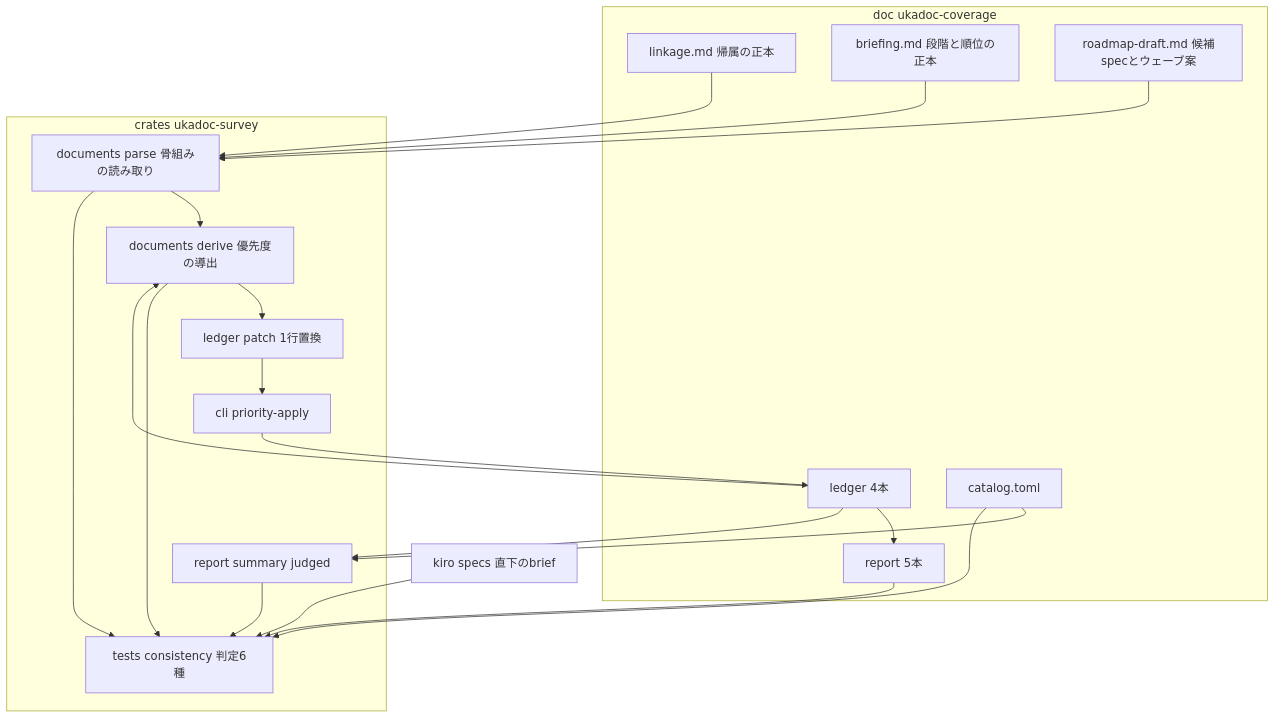
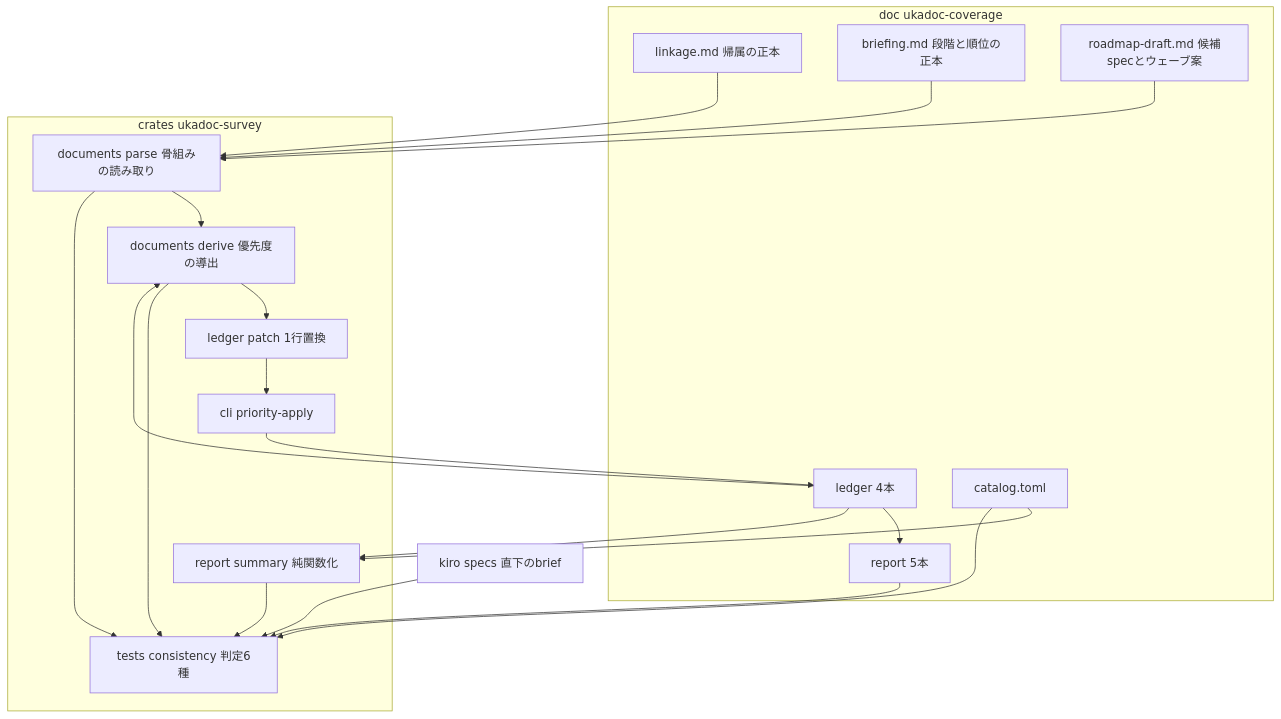
One commit to ekicyou/areka changed the first of 3 diagrams in .kiro/specs/areka-P0-ukadoc-coverage-roadmap/design.md. Above: the diagram before and after it, drawn with Mermaid. The commit also changed other lines of this file and 2 other files, not shown here.

Commit message:
docs(areka-P0-ukadoc-coverage-roadmap): resolve design discussion #1 - evidence table leaves summary.md

````diff
--- a/.kiro/specs/areka-P0-ukadoc-coverage-roadmap/design.md
+++ b/.kiro/specs/areka-P0-ukadoc-coverage-roadmap/design.md
@@ -83,36 +83,36 @@
 ```mermaid
 graph TB
     subgraph Docs[doc ukadoc-coverage]
         Linkage[linkage.md 帰属の正本]
         Briefing[briefing.md 段階と順位の正本]
         Draft[roadmap-draft.md 候補specとウェーブ案]
         Ledgers[ledger 4本]
         Reports[report 5本]
         Catalog[catalog.toml]
     end
     subgraph Tool[crates ukadoc-survey]
         Parse[documents parse 骨組みの読み取り]
         Derive[documents derive 優先度の導出]
         Patch[ledger patch 1行置換]
         Apply[cli priority-apply]
-        Judged[report summary judged]
+        Judged[report summary 純関数化]
         Checks[tests consistency 判定6種]
     end
     Linkage --> Parse
     Briefing --> Parse
     Draft --> Parse
     Parse --> Derive
     Ledgers --> Derive
     Derive --> Patch
     Patch --> Apply
     Apply --> Ledgers
     Ledgers --> Reports
     Catalog --> Judged
     Ledgers --> Judged
     Parse --> Checks
     Derive --> Checks
     Judged --> Checks
     Reports --> Checks
     Catalog --> Checks
     Specs[kiro specs 直下のbrief] --> Checks
 ```
````
